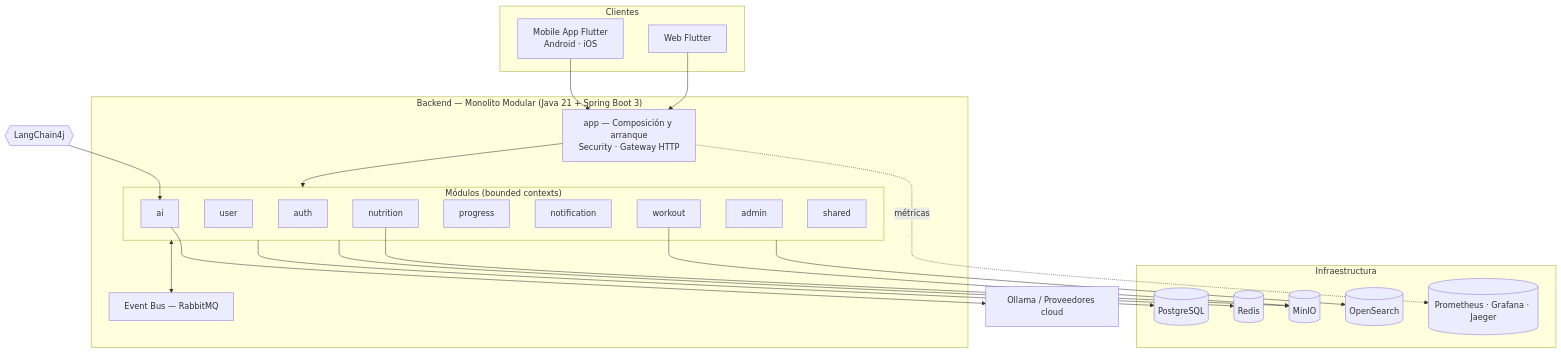
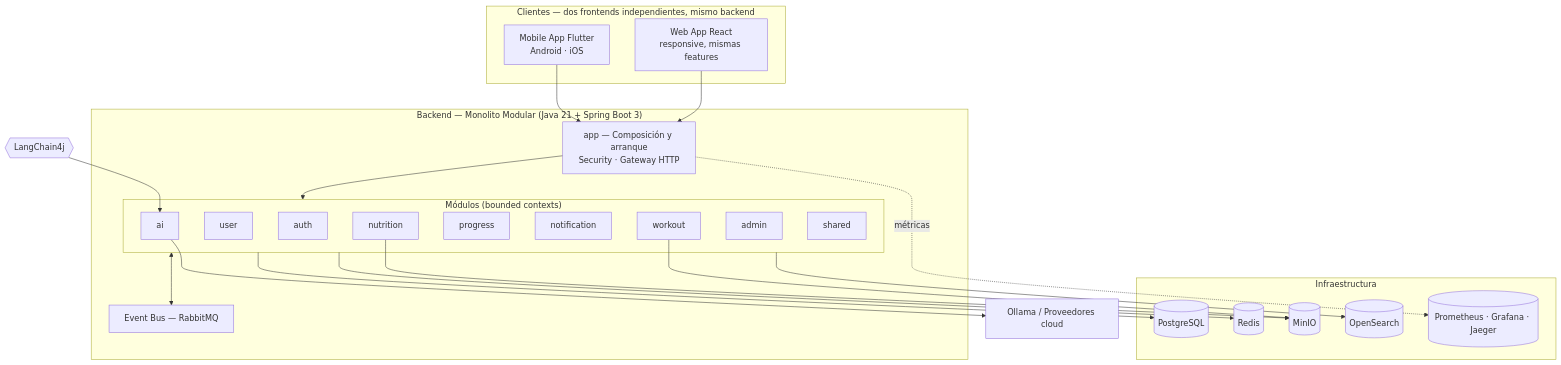
One commit to GuilleBazan10/MiCoach changed the first of 2 diagrams in docs/01-architecture.md. Above: the diagram before and after it, drawn with Mermaid. The commit also changed other lines of this file and 83 other files, not shown here.

First line of the commit message:
Cierra Fase 3.1 (mobile Flutter) e inicia Fase 3.2 (web React)

````diff
--- a/docs/01-architecture.md
+++ b/docs/01-architecture.md
@@ -13,44 +13,44 @@
 ```mermaid
 flowchart TB
-    subgraph Clients["Clientes"]
+    subgraph Clients["Clientes — dos frontends independientes, mismo backend"]
         M[Mobile App Flutter<br/>Android · iOS]
-        W[Web Flutter]
+        W[Web App React<br/>responsive, mismas features]
     end
 
     subgraph Backend["Backend — Monolito Modular (Java 21 + Spring Boot 3)"]
         GW[app — Composición y arranque<br/>Security · Gateway HTTP]
         subgraph Modules["Módulos (bounded contexts)"]
             AUTH[auth]
             USER[user]
             WK[workout]
             NUT[nutrition]
             PROG[progress]
             NOTIF[notification]
             AI[ai]
             ADMIN[admin]
             SHARED[shared]
         end
         BUS[Event Bus — RabbitMQ]
     end
 
     subgraph Infra["Infraestructura"]
         PG[(PostgreSQL)]
         RD[(Redis)]
         MINIO[(MinIO)]
         OS[(OpenSearch)]
         MON[(Prometheus · Grafana · Jaeger)]
     end
 
     M --> GW
     W --> GW
     GW --> Modules
     Modules <--> BUS
     Modules --> PG
     Modules --> RD
     MOD_API{{LangChain4j}} --> AI
     AI --> OLLAMA[Ollama / Proveedores cloud]
     NUT --> MINIO
     WK --> MINIO
     Modules --> OS
     GW -. métricas .-> MON
 ```
````
